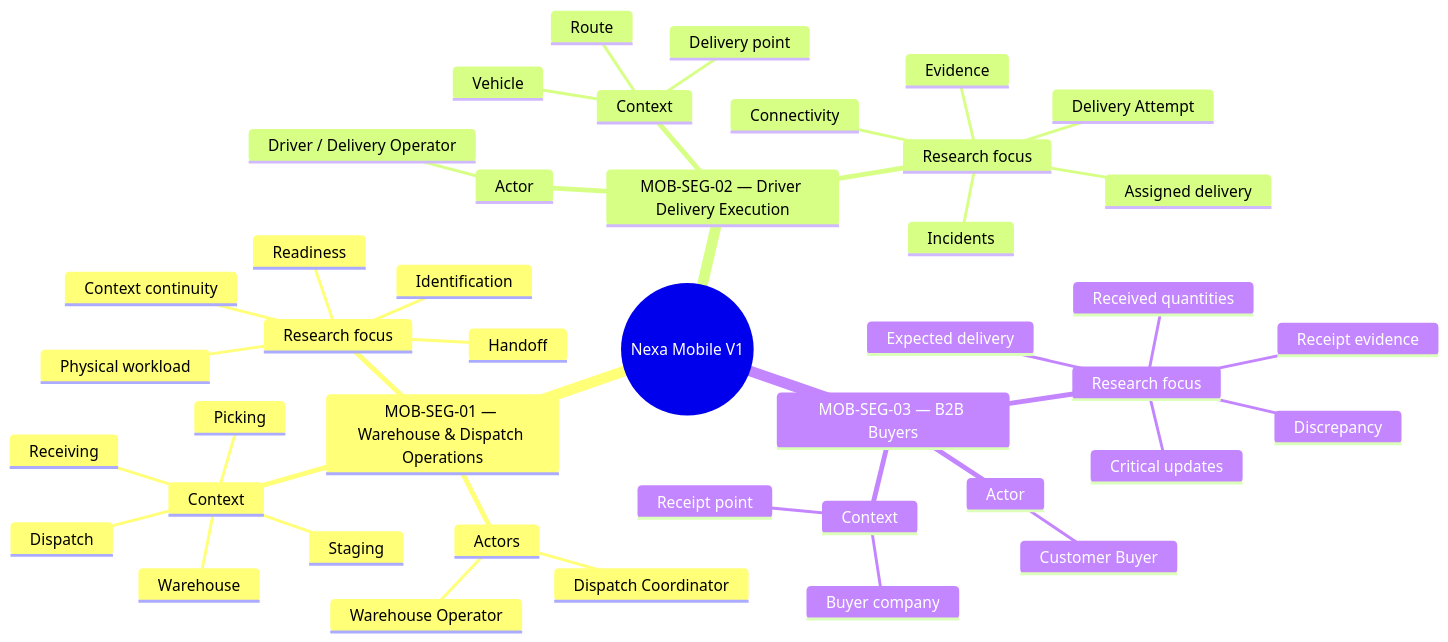
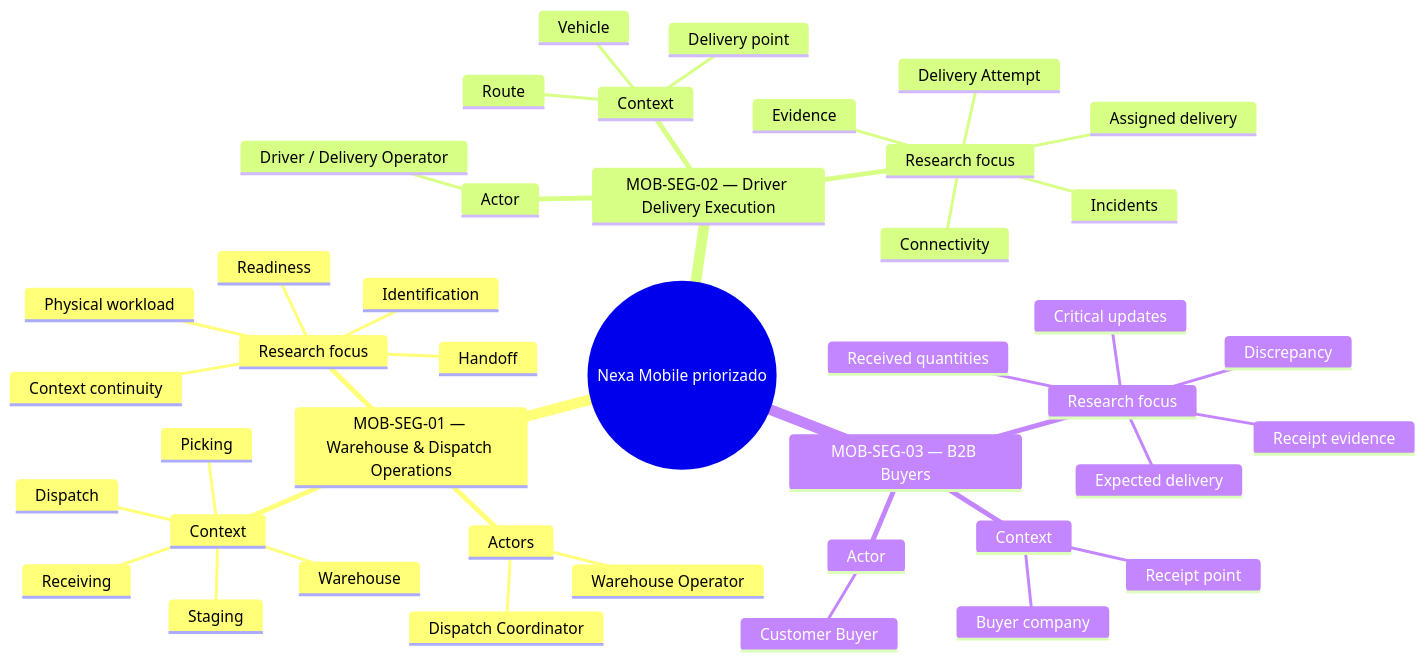
The second of 3 diagrams in report/01-presentation/1.3-target-segments.md (nexa-suite/mobile-report), drawn with Mermaid before and after one commit. The commit also changed other lines of this file and 4 other files, not shown here.

````diff
--- a/report/01-presentation/1.3-target-segments.md
+++ b/report/01-presentation/1.3-target-segments.md
@@ -178,47 +178,47 @@
 ```mermaid
 mindmap
-  root((Nexa Mobile V1))
+  root((Nexa Mobile priorizado))
     MOB-SEG-01 — Warehouse & Dispatch Operations
       Actors
         Warehouse Operator
         Dispatch Coordinator
       Context
         Receiving
         Warehouse
         Picking
         Staging
         Dispatch
       Research focus
         Context continuity
         Identification
         Readiness
         Handoff
         Physical workload
 
     MOB-SEG-02 — Driver Delivery Execution
       Actor
         Driver / Delivery Operator
       Context
         Vehicle
         Route
         Delivery point
       Research focus
         Assigned delivery
         Delivery Attempt
         Incidents
         Evidence
         Connectivity
 
     MOB-SEG-03 — B2B Buyers
       Actor
         Customer Buyer
       Context
         Buyer company
         Receipt point
       Research focus
         Expected delivery
         Received quantities
         Discrepancy
         Receipt evidence
         Critical updates
 ```
````
